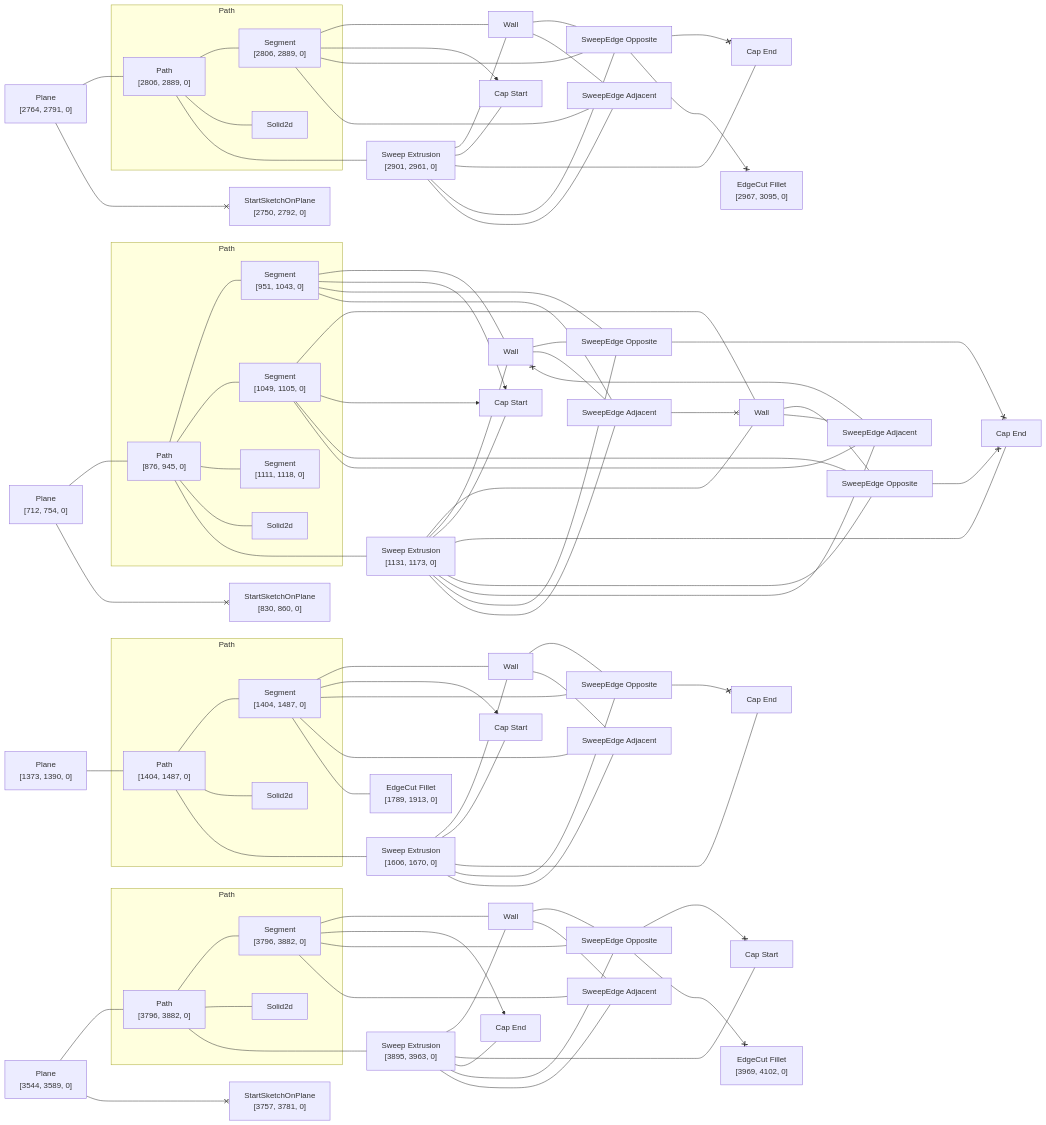
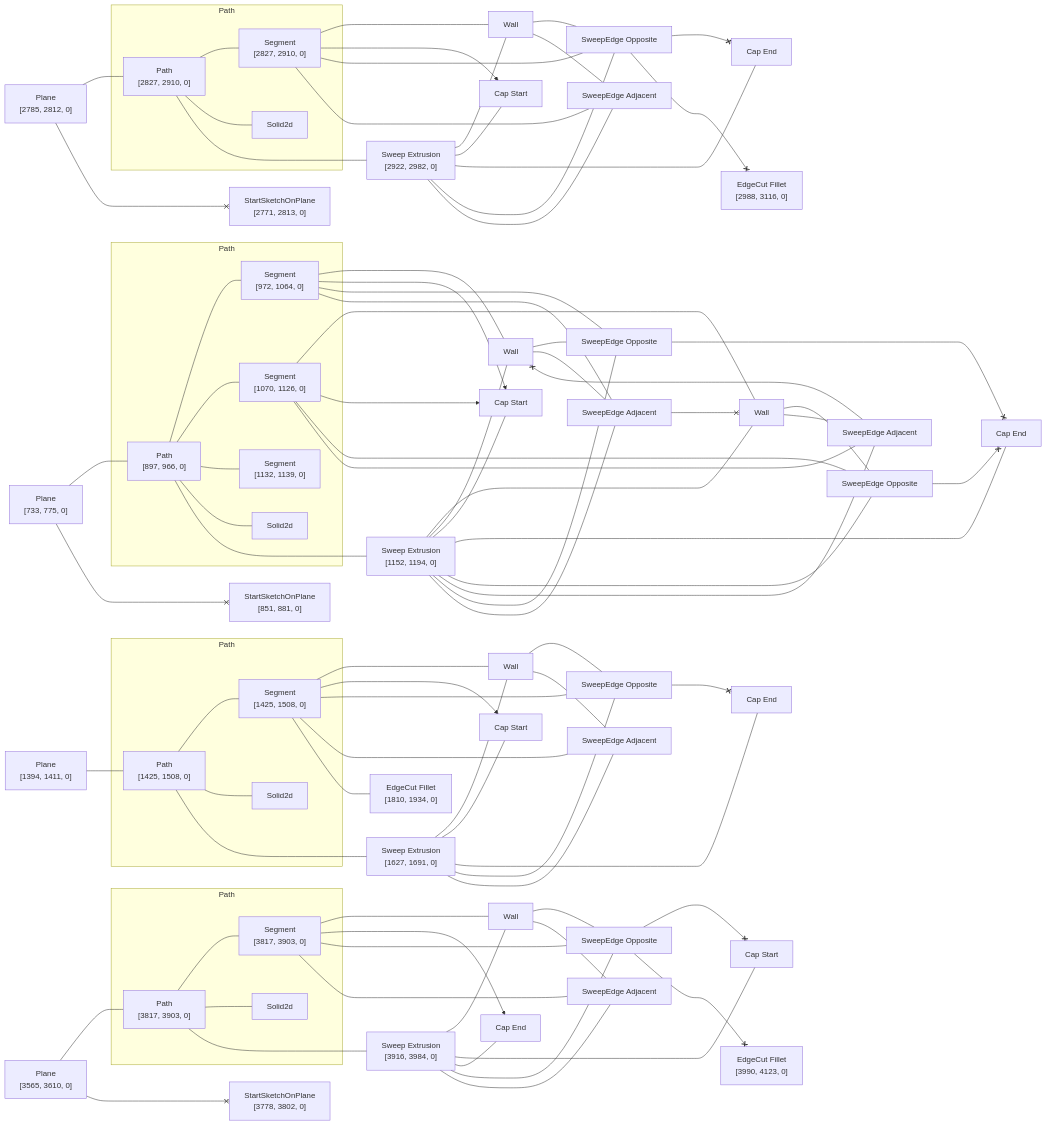
One commit to KittyCAD/modeling-app changed the diagram in rust/kcl-lib/tests/kcl_samples/bench-for-kids/artifact_graph_flowchart.snap.md. Above: the diagram before and after it, drawn with Mermaid. The commit also changed 319 other files, not shown here.

````diff
--- a/rust/kcl-lib/tests/kcl_samples/bench-for-kids/artifact_graph_flowchart.snap.md
+++ b/rust/kcl-lib/tests/kcl_samples/bench-for-kids/artifact_graph_flowchart.snap.md
@@ -1,40 +1,40 @@
 ```mermaid
 flowchart LR
   subgraph path2 [Path]
-    2["Path<br>[876, 945, 0]"]
+    2["Path<br>[897, 966, 0]"]
       %% [ProgramBodyItem { index: 7 }, VariableDeclarationDeclaration, VariableDeclarationInit, PipeBodyItem { index: 0 }]
-    3["Segment<br>[951, 1043, 0]"]
+    3["Segment<br>[972, 1064, 0]"]
       %% [ProgramBodyItem { index: 7 }, VariableDeclarationDeclaration, VariableDeclarationInit, PipeBodyItem { index: 1 }]
-    4["Segment<br>[1049, 1105, 0]"]
+    4["Segment<br>[1070, 1126, 0]"]
       %% [ProgramBodyItem { index: 7 }, VariableDeclarationDeclaration, VariableDeclarationInit, PipeBodyItem { index: 2 }]
-    5["Segment<br>[1111, 1118, 0]"]
+    5["Segment<br>[1132, 1139, 0]"]
       %% [ProgramBodyItem { index: 7 }, VariableDeclarationDeclaration, VariableDeclarationInit, PipeBodyItem { index: 3 }]
     6[Solid2d]
   end
   subgraph path17 [Path]
-    17["Path<br>[1404, 1487, 0]"]
+    17["Path<br>[1425, 1508, 0]"]
       %% [ProgramBodyItem { index: 11 }, VariableDeclarationDeclaration, VariableDeclarationInit]
-    18["Segment<br>[1404, 1487, 0]"]
+    18["Segment<br>[1425, 1508, 0]"]
       %% [ProgramBodyItem { index: 11 }, VariableDeclarationDeclaration, VariableDeclarationInit]
     19[Solid2d]
   end
   subgraph path28 [Path]
-    28["Path<br>[2806, 2889, 0]"]
+    28["Path<br>[2827, 2910, 0]"]
       %% [ProgramBodyItem { index: 28 }, VariableDeclarationDeclaration, VariableDeclarationInit]
-    29["Segment<br>[2806, 2889, 0]"]
+    29["Segment<br>[2827, 2910, 0]"]
       %% [ProgramBodyItem { index: 28 }, VariableDeclarationDeclaration, VariableDeclarationInit]
     30[Solid2d]
   end
   subgraph path39 [Path]
-    39["Path<br>[3796, 3882, 0]"]
+    39["Path<br>[3817, 3903, 0]"]
       %% [ProgramBodyItem { index: 37 }, VariableDeclarationDeclaration, VariableDeclarationInit]
-    40["Segment<br>[3796, 3882, 0]"]
+    40["Segment<br>[3817, 3903, 0]"]
       %% [ProgramBodyItem { index: 37 }, VariableDeclarationDeclaration, VariableDeclarationInit]
     41[Solid2d]
   end
-  1["Plane<br>[712, 754, 0]"]
+  1["Plane<br>[733, 775, 0]"]
     %% [ProgramBodyItem { index: 5 }, VariableDeclarationDeclaration, VariableDeclarationInit]
-  7["Sweep Extrusion<br>[1131, 1173, 0]"]
+  7["Sweep Extrusion<br>[1152, 1194, 0]"]
     %% [ProgramBodyItem { index: 8 }, VariableDeclarationDeclaration, VariableDeclarationInit]
   8[Wall]
     %% face_code_ref=Missing NodePath
@@ -48,9 +48,9 @@
   13["SweepEdge Adjacent"]
   14["SweepEdge Opposite"]
   15["SweepEdge Adjacent"]
-  16["Plane<br>[1373, 1390, 0]"]
+  16["Plane<br>[1394, 1411, 0]"]
     %% [ProgramBodyItem { index: 10 }, VariableDeclarationDeclaration, VariableDeclarationInit]
-  20["Sweep Extrusion<br>[1606, 1670, 0]"]
+  20["Sweep Extrusion<br>[1627, 1691, 0]"]
     %% [ProgramBodyItem { index: 13 }, VariableDeclarationDeclaration, VariableDeclarationInit]
   21[Wall]
     %% face_code_ref=Missing NodePath
@@ -60,11 +60,11 @@
     %% face_code_ref=Missing NodePath
   24["SweepEdge Opposite"]
   25["SweepEdge Adjacent"]
-  26["EdgeCut Fillet<br>[1789, 1913, 0]"]
+  26["EdgeCut Fillet<br>[1810, 1934, 0]"]
     %% [ProgramBodyItem { index: 15 }, VariableDeclarationDeclaration, VariableDeclarationInit]
-  27["Plane<br>[2764, 2791, 0]"]
+  27["Plane<br>[2785, 2812, 0]"]
     %% [ProgramBodyItem { index: 27 }, VariableDeclarationDeclaration, VariableDeclarationInit, CallKwUnlabeledArg]
-  31["Sweep Extrusion<br>[2901, 2961, 0]"]
+  31["Sweep Extrusion<br>[2922, 2982, 0]"]
     %% [ProgramBodyItem { index: 29 }, VariableDeclarationDeclaration, VariableDeclarationInit, PipeBodyItem { index: 0 }]
   32[Wall]
     %% face_code_ref=Missing NodePath
@@ -74,11 +74,11 @@
     %% face_code_ref=Missing NodePath
   35["SweepEdge Opposite"]
   36["SweepEdge Adjacent"]
-  37["EdgeCut Fillet<br>[2967, 3095, 0]"]
+  37["EdgeCut Fillet<br>[2988, 3116, 0]"]
     %% [ProgramBodyItem { index: 29 }, VariableDeclarationDeclaration, VariableDeclarationInit, PipeBodyItem { index: 1 }]
-  38["Plane<br>[3544, 3589, 0]"]
+  38["Plane<br>[3565, 3610, 0]"]
     %% [ProgramBodyItem { index: 31 }, VariableDeclarationDeclaration, VariableDeclarationInit]
-  42["Sweep Extrusion<br>[3895, 3963, 0]"]
+  42["Sweep Extrusion<br>[3916, 3984, 0]"]
     %% [ProgramBodyItem { index: 38 }, VariableDeclarationDeclaration, VariableDeclarationInit, PipeBodyItem { index: 0 }]
   43[Wall]
     %% face_code_ref=Missing NodePath
@@ -88,13 +88,13 @@
     %% face_code_ref=Missing NodePath
   46["SweepEdge Opposite"]
   47["SweepEdge Adjacent"]
-  48["EdgeCut Fillet<br>[3969, 4102, 0]"]
+  48["EdgeCut Fillet<br>[3990, 4123, 0]"]
     %% [ProgramBodyItem { index: 38 }, VariableDeclarationDeclaration, VariableDeclarationInit, PipeBodyItem { index: 1 }]
-  49["StartSketchOnPlane<br>[830, 860, 0]"]
+  49["StartSketchOnPlane<br>[851, 881, 0]"]
     %% [ProgramBodyItem { index: 6 }, VariableDeclarationDeclaration, VariableDeclarationInit]
-  50["StartSketchOnPlane<br>[2750, 2792, 0]"]
+  50["StartSketchOnPlane<br>[2771, 2813, 0]"]
     %% [ProgramBodyItem { index: 27 }, VariableDeclarationDeclaration, VariableDeclarationInit]
-  51["StartSketchOnPlane<br>[3757, 3781, 0]"]
+  51["StartSketchOnPlane<br>[3778, 3802, 0]"]
     %% [ProgramBodyItem { index: 36 }, VariableDeclarationDeclaration, VariableDeclarationInit]
   1 --- 2
   1 <--x 49
````
